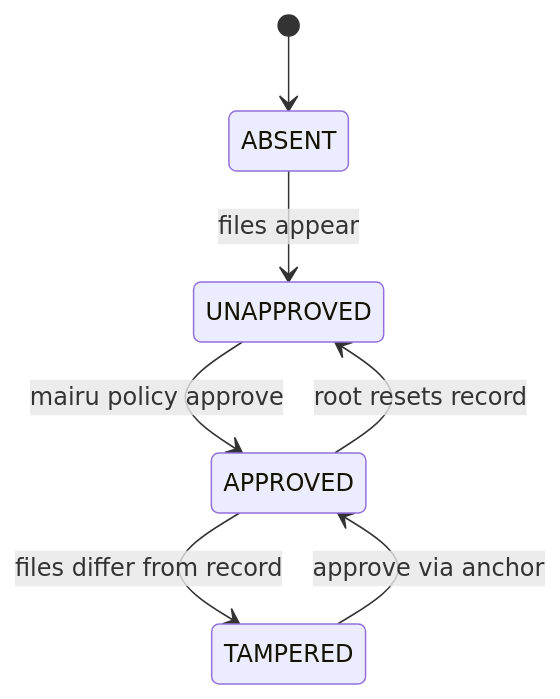
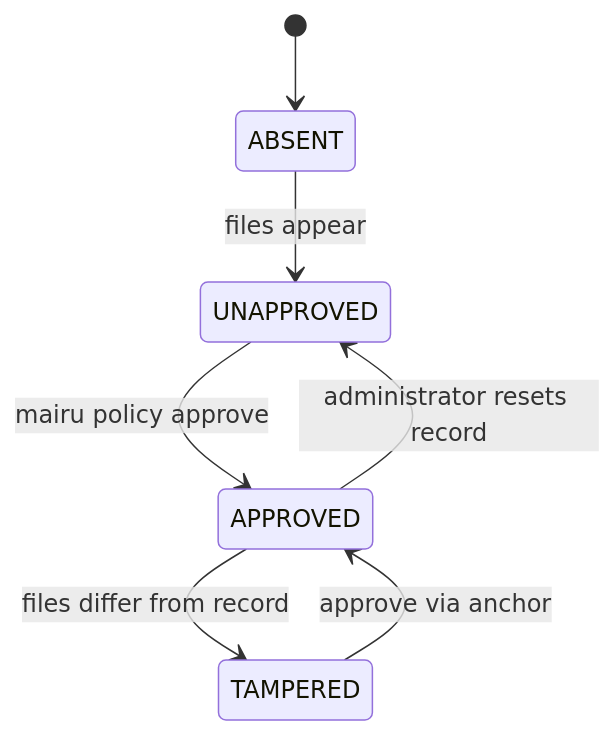
One commit to sorah/mairu changed the third of 4 diagrams in docs/specs/policy.md. Above: the diagram before and after it, drawn with Mermaid. The commit also changed other lines of this file and 2 other files, not shown here.

````diff
--- a/docs/specs/policy.md
+++ b/docs/specs/policy.md
@@ -692,9 +703,9 @@
 ```mermaid
 stateDiagram-v2
   [*] --> ABSENT
   ABSENT --> UNAPPROVED: files appear
   UNAPPROVED --> APPROVED: mairu policy approve
   APPROVED --> TAMPERED: files differ from record
   TAMPERED --> APPROVED: approve via anchor
-  APPROVED --> UNAPPROVED: root resets record
+  APPROVED --> UNAPPROVED: administrator resets record
 ```
````
